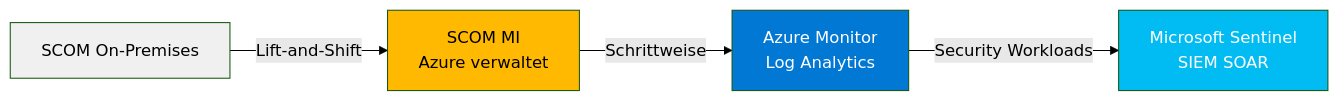
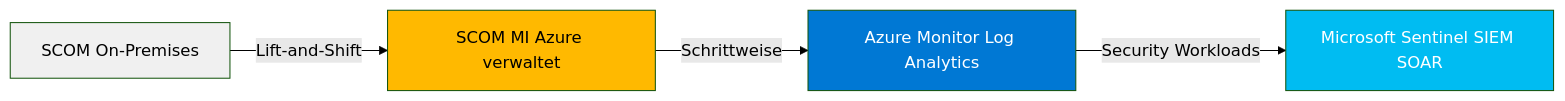
The third of 5 diagrams in Microsoft 365/System Center/System Center Azure Migration.md (SoniiiT/notes-n-docs), drawn with Mermaid (forest theme) before and after one commit. The commit also changed other lines of this file and 124 other files, not shown here.

First line of the commit message:
fix: Entferne \n aus allen Mermaid-Diagrammen (125 Dateien)

````diff
--- a/Microsoft 365/System Center/System Center Azure Migration.md
+++ b/Microsoft 365/System Center/System Center Azure Migration.md
@@ -123,11 +123,11 @@
 ```mermaid
 flowchart LR
-    SCOM[SCOM On-Premises] -->|Lift-and-Shift| SCOMMI[SCOM MI\nAzure verwaltet]
-    SCOMMI -->|Schrittweise| MON[Azure Monitor\nLog Analytics]
-    MON -->|Security Workloads| SENT[Microsoft Sentinel\nSIEM SOAR]
+    SCOM[SCOM On-Premises] -->|Lift-and-Shift| SCOMMI[SCOM MI Azure verwaltet]
+    SCOMMI -->|Schrittweise| MON[Azure Monitor Log Analytics]
+    MON -->|Security Workloads| SENT[Microsoft Sentinel SIEM SOAR]
 
     style SCOM fill:#f0f0f0
     style SCOMMI fill:#FFB900,color:#000
     style MON fill:#0078D4,color:#fff
     style SENT fill:#00BCF2,color:#fff
 ```
````
